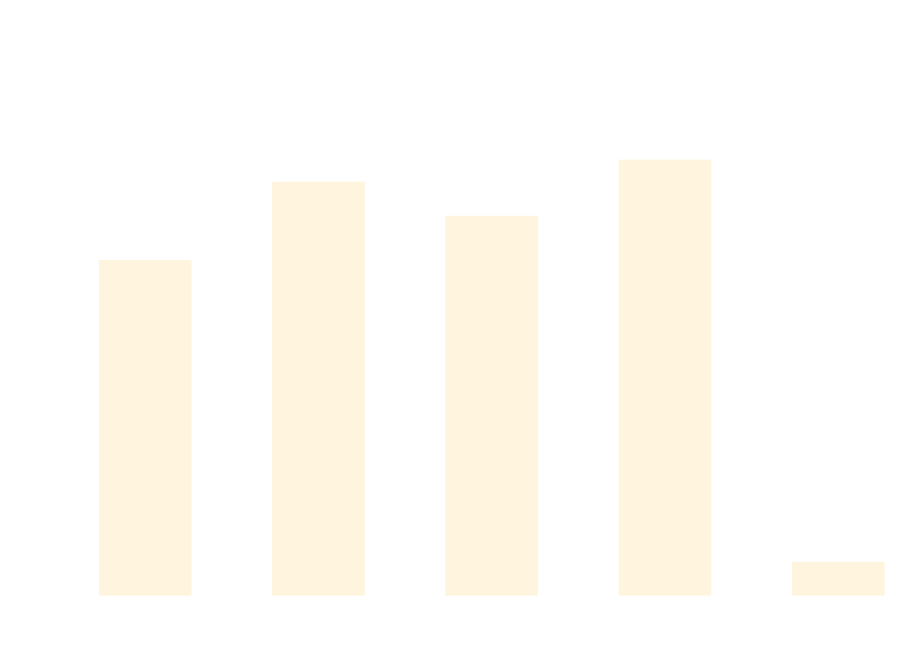
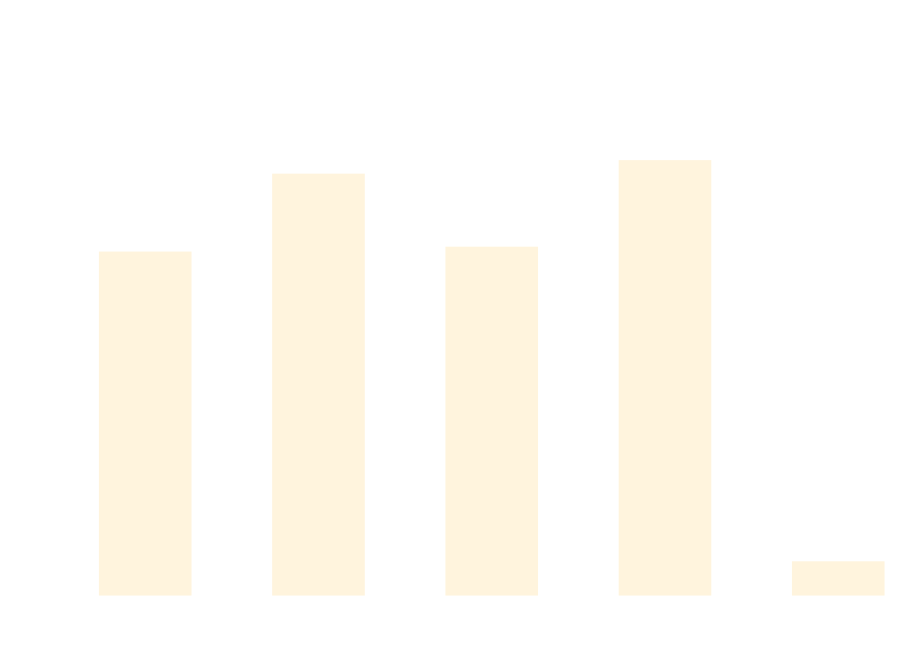
Before and after one commit to thomhurst/TUnit: the diagram in docs/docs/benchmarks/ScaleTests.md, drawn with Mermaid. The commit also changed other lines of this file and 17 other files, not shown here.

````diff
--- a/docs/docs/benchmarks/ScaleTests.md
+++ b/docs/docs/benchmarks/ScaleTests.md
@@ -27,37 +27,37 @@
 ```mermaid
 %%{init: {
   'theme':'base',
   'themeVariables': {
     'primaryColor': '#2563eb',
     'primaryTextColor': '#ffffff',
     'primaryBorderColor': '#1e40af',
     'lineColor': '#6b7280',
     'secondaryColor': '#7c3aed',
     'tertiaryColor': '#dc2626',
     'background': '#ffffff',
     'mainBkg': '#2563eb',
     'secondBkg': '#7c3aed',
     'tertiaryBkg': '#dc2626',
     'clusterBkg': '#f3f4f6',
     'edgeLabelBackground': '#ffffff',
     'tertiaryTextColor': '#1f2937',
     'pie1': '#2563eb',
     'pie2': '#7c3aed',
     'pie3': '#dc2626',
     'pie4': '#f59e0b',
     'pie5': '#10b981',
     'pie6': '#06b6d4',
     'pie7': '#ec4899',
     'pie8': '#6366f1',
     'pie9': '#84cc16',
     'pie10': '#f97316',
     'pie11': '#14b8a6',
     'pie12': '#a855f7'
   }
 }}%%
 xychart-beta
   title "ScaleTests Performance Comparison"
   x-axis ["TUnit", "NUnit", "MSTest", "xUnit3", "TUnit_AOT"]
-  y-axis "Time (ms)" 0 --> 776
-  bar [494.42, 613.34, 561.56, 646.64, 36.18]
+  y-axis "Time (ms)" 0 --> 701
+  bar [458.22, 565.07, 464.92, 583.57, 33.53]
 ```
````
